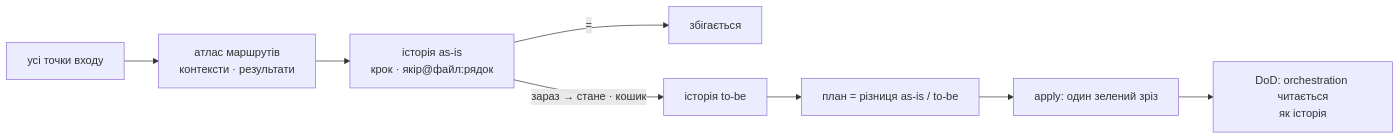
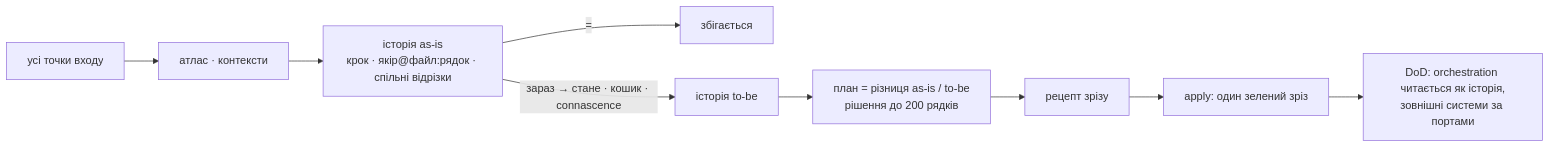
The diagram in skills/restrukt/SKILL.md (romxnb/restrukt), drawn with Mermaid before and after one commit. The commit also changed other lines of this file and 30 other files, not shown here.

First line of the commit message:
restrukt 0.12.0: сценарії Sn, картограф будує графи, сім кошиків і порти, план до 200 рядків

````diff
--- a/skills/restrukt/SKILL.md
+++ b/skills/restrukt/SKILL.md
@@ -10,10 +11,11 @@
 ```mermaid
 flowchart LR
-  E["усі точки входу"] --> A["атлас маршрутів<br/>контексти · результати"]
-  A --> Z["історія as-is<br/>крок · якір@файл:рядок"]
+  E["усі точки входу"] --> A["атлас · контексти"]
+  A --> Z["історія as-is<br/>крок · якір@файл:рядок · спільні відрізки"]
   Z -->|=| K[збігається]
-  Z -->|"зараз → стане · кошик"| T["історія to-be"]
-  T --> P["план = різниця as-is / to-be"]
-  P --> X["apply: один зелений зріз"]
-  X --> DoD["DoD: orchestration читається<br/>як історія"]
+  Z -->|"зараз → стане · кошик · connascence"| T["історія to-be"]
+  T --> P["план = різниця as-is / to-be<br/>рішення до 200 рядків"]
+  P --> R["рецепт зрізу"]
+  R --> X["apply: один зелений зріз"]
+  X --> DoD["DoD: orchestration читається як історія,<br/>зовнішні системи за портами"]
 ```
````
